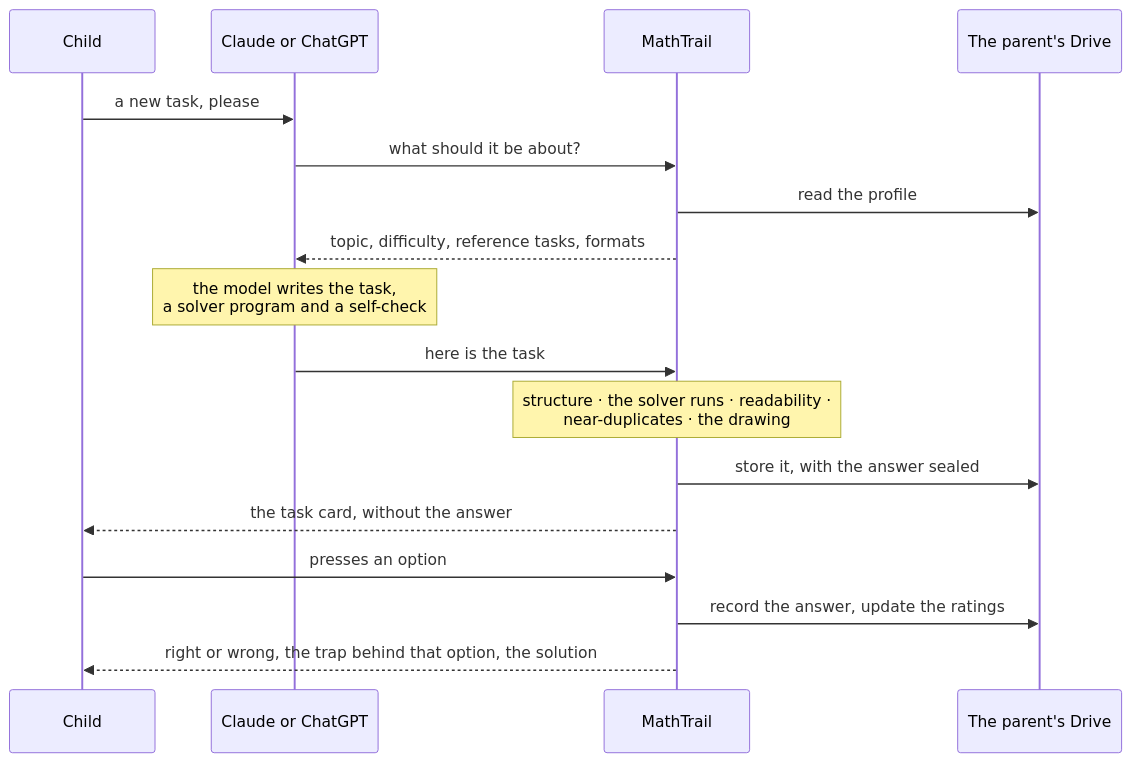
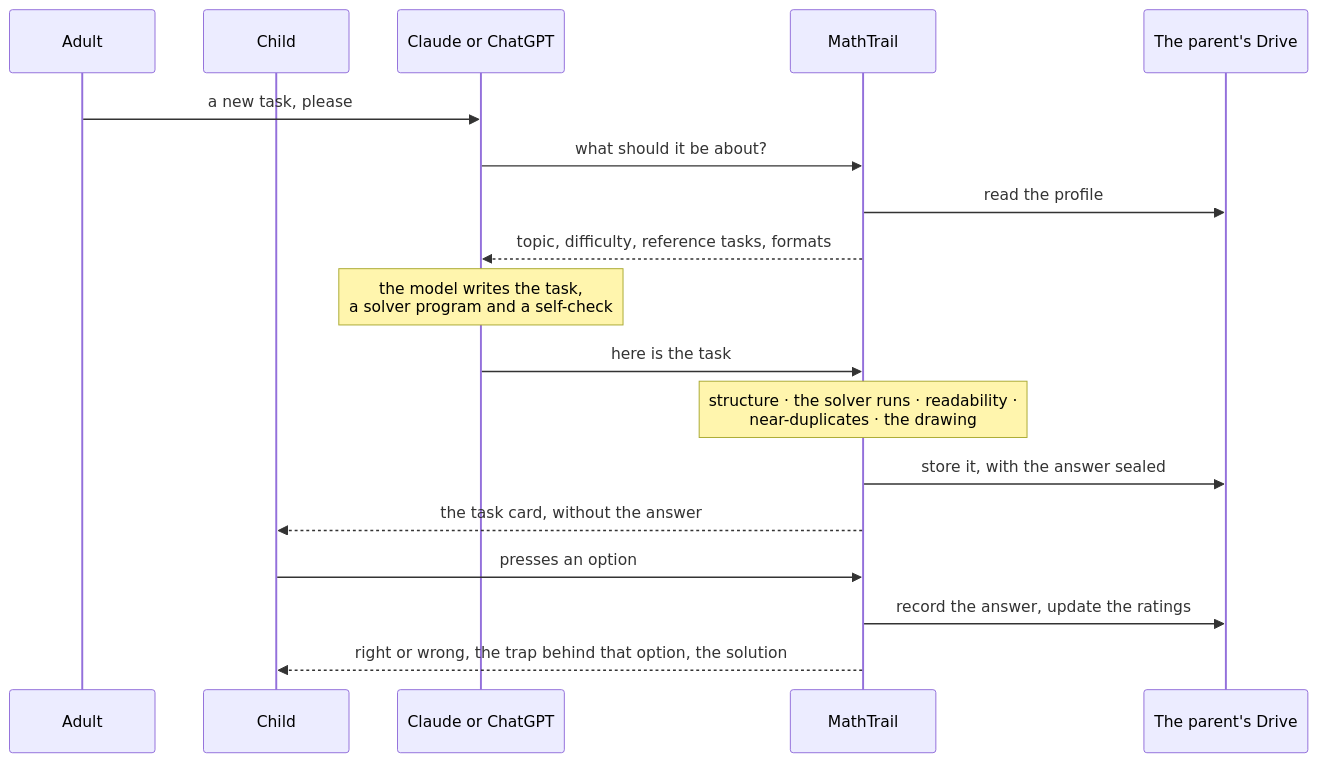
One commit to MathTrail/mathtrail-standalone changed the diagram in README.md. Above: the diagram before and after it, drawn with Mermaid. The commit also changed other lines of this file and 162 other files, not shown here.

````diff
--- a/README.md
+++ b/README.md
@@ -96,20 +96,21 @@
 ```mermaid
 sequenceDiagram
+    participant A as Adult
     participant C as Child
     participant M as Claude or ChatGPT
     participant T as MathTrail
     participant D as The parent's Drive
 
-    C->>M: a new task, please
+    A->>M: a new task, please
     M->>T: what should it be about?
     T->>D: read the profile
     T-->>M: topic, difficulty, reference tasks, formats
     Note over M: the model writes the task,<br/>a solver program and a self-check
     M->>T: here is the task
     Note over T: structure · the solver runs · readability ·<br/>near-duplicates · the drawing
     T->>D: store it, with the answer sealed
     T-->>C: the task card, without the answer
     C->>T: presses an option
     T->>D: record the answer, update the ratings
     T-->>C: right or wrong, the trap behind that option, the solution
 ```
````
